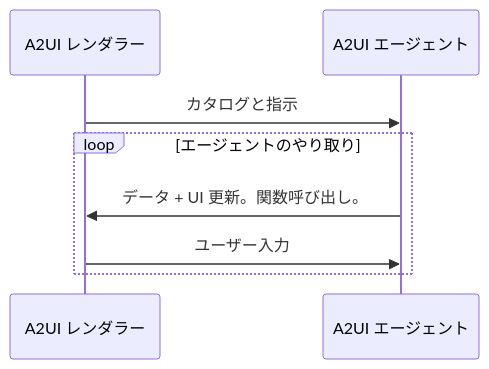
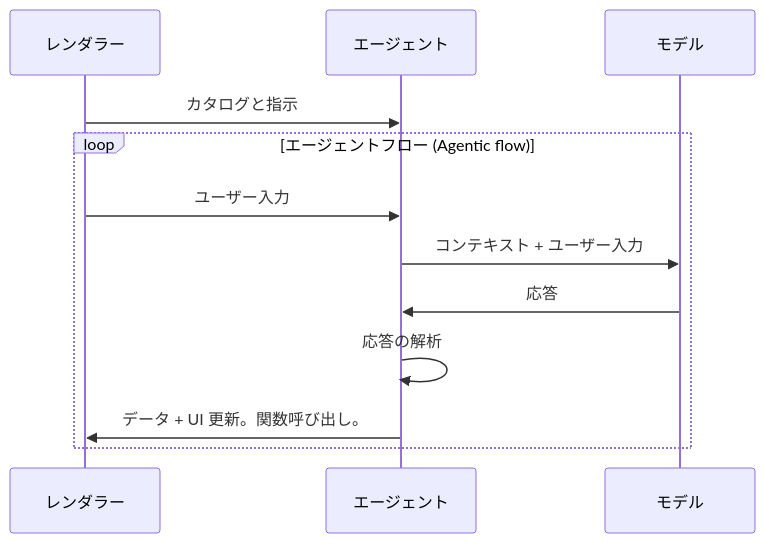
Before and after one commit to a2ui-labs/docs-ja: the first of 2 diagrams in docs/public/concepts/glossary.md, drawn with Mermaid. The commit also changed other lines of this file and 145 other files, not shown here.

````diff
--- a/docs/public/concepts/glossary.md
+++ b/docs/public/concepts/glossary.md
@@ -17,12 +23,16 @@
 ```mermaid
 sequenceDiagram
-    participant Renderer as A2UI レンダラー
-    participant Agent as A2UI エージェント
+    participant Renderer as レンダラー
+    participant Agent as エージェント
+    participant Model as モデル
 
     Renderer->>Agent: カタログと指示
 
-    loop エージェントのやり取り
+    loop エージェントフロー (Agentic flow)
+        Renderer->>Agent: ユーザー入力
+        Agent->>Model: コンテキスト + ユーザー入力
+        Model->>Agent: 応答
+        Agent->>Agent: 応答の解析
         Agent->>Renderer: データ + UI 更新。関数呼び出し。
-        Renderer->>Agent: ユーザー入力
     end
 ```
````
